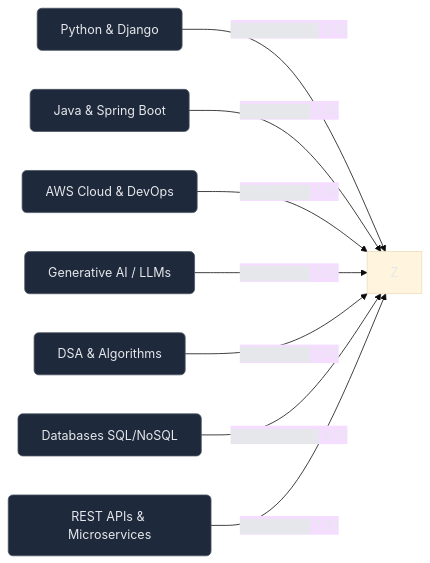
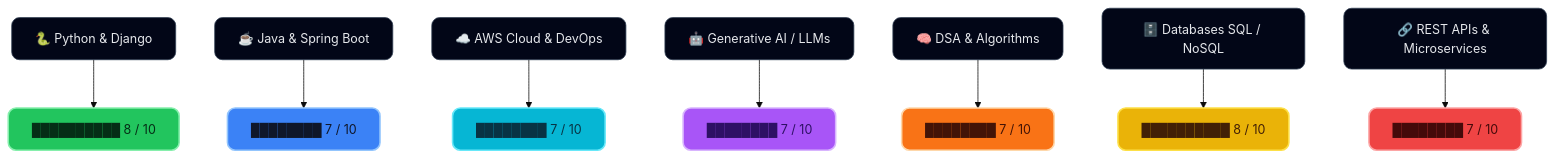
Before and after one commit to Biradarmahadev/Biradarmahadev: the diagram in README.md, drawn with Mermaid (base theme). The commit also changed other lines of this file, not shown here.

````diff
--- a/README.md
+++ b/README.md
@@ -49,22 +49,24 @@
 ```mermaid
-graph LR
-    %% Modern colorful styling - recruiter friendly
-    classDef bar fill:#1e40af,stroke:#60a5fa,stroke-width:2px,color:#dbeafe,rx:6px
-    classDef label fill:#111827,stroke:#4b5563,stroke-width:1px,color:#e5e7eb,rx:6px
+graph TB
+    %% ===== Modern Color Palette =====
+    classDef skill fill:#020617,stroke:#334155,stroke-width:1px,color:#e5e7eb,rx:10px
 
-    A[Python & Django]:::label -->|██████████ 8/10| Z
-    B[Java & Spring Boot]:::label -->|████████ 7/10| Z
-    C[AWS Cloud & DevOps]:::label -->|████████ 7/10| Z
-    D[Generative AI / LLMs]:::label -->|████████ 7/10| Z
-    E[DSA & Algorithms]:::label -->|████████ 7/10| Z
-    F[Databases SQL/NoSQL]:::label -->|██████████ 8/10| Z
-    G[REST APIs & Microservices]:::label -->|████████ 7/10| Z
+    classDef barPython fill:#22c55e,stroke:#86efac,stroke-width:2px,color:#052e16,rx:10px
+    classDef barJava fill:#3b82f6,stroke:#93c5fd,stroke-width:2px,color:#0f172a,rx:10px
+    classDef barCloud fill:#06b6d4,stroke:#67e8f9,stroke-width:2px,color:#083344,rx:10px
+    classDef barAI fill:#a855f7,stroke:#d8b4fe,stroke-width:2px,color:#2e1065,rx:10px
+    classDef barDSA fill:#f97316,stroke:#fed7aa,stroke-width:2px,color:#431407,rx:10px
+    classDef barDB fill:#eab308,stroke:#fde047,stroke-width:2px,color:#422006,rx:10px
+    classDef barAPI fill:#ef4444,stroke:#fca5a5,stroke-width:2px,color:#450a0a,rx:10px
 
-    style A fill:#1e293b,color:#e5e7eb
-    style B fill:#1e293b,color:#e5e7eb
-    style C fill:#1e293b,color:#e5e7eb
-    style D fill:#1e293b,color:#e5e7eb
-    style E fill:#1e293b,color:#e5e7eb
-    style F fill:#1e293b,color:#e5e7eb
-    style G fill:#1e293b,color:#e5e7eb
+    %% ===== Skills =====
+    A[🐍 Python & Django]:::skill --> A1[██████████ 8 / 10]:::barPython
+    B[☕ Java & Spring Boot]:::skill --> B1[████████ 7 / 10]:::barJava
+    C[☁️ AWS Cloud & DevOps]:::skill --> C1[████████ 7 / 10]:::barCloud
+    D[🤖 Generative AI / LLMs]:::skill --> D1[████████ 7 / 10]:::barAI
+    E[🧠 DSA & Algorithms]:::skill --> E1[████████ 7 / 10]:::barDSA
+    F[🗄️ Databases SQL / NoSQL]:::skill --> F1[██████████ 8 / 10]:::barDB
+    G[🔗 REST APIs & Microservices]:::skill --> G1[████████ 7 / 10]:::barAPI
+
+
 ```
````
